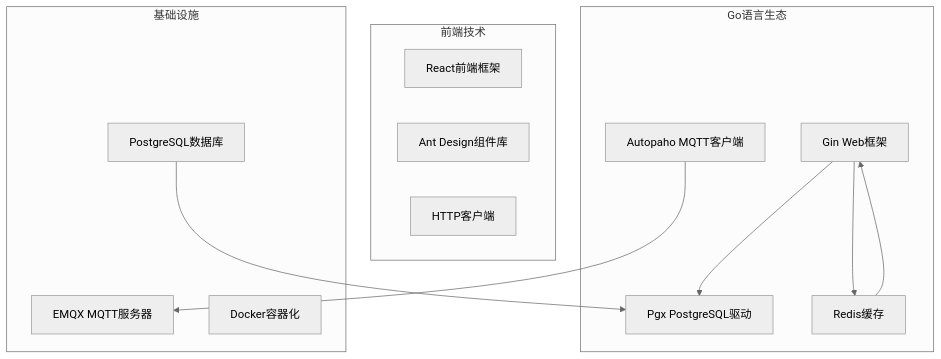
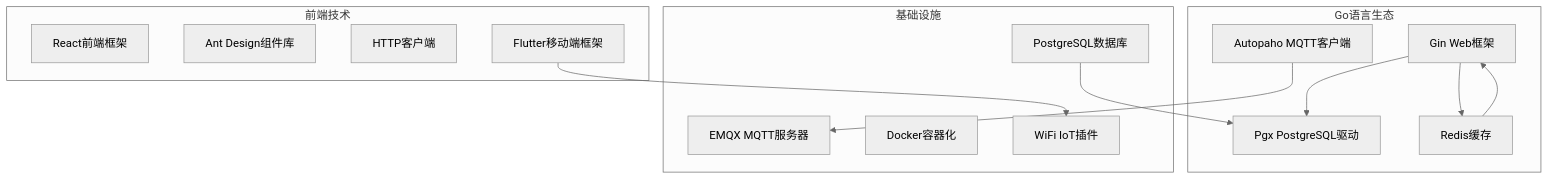
Diagram 13 of 14 in .qoder/repowiki/zh/content/OTA升级系统/OTA升级系统.md (mcmrzy/cs_inv_monitor-develop), drawn with Mermaid (neutral theme) before and after one commit. The commit also changed other lines of this file and 88 other files, not shown here.

````diff
--- a/.qoder/repowiki/zh/content/OTA升级系统/OTA升级系统.md
+++ b/.qoder/repowiki/zh/content/OTA升级系统/OTA升级系统.md
@@ -500,25 +690,28 @@
 ```mermaid
 graph TB
 subgraph "Go语言生态"
 Gin[Gin Web框架]
 Pgx[Pgx PostgreSQL驱动]
 Redis[Redis Go客户端]
 Autopaho[Autopaho MQTT客户端]
 end
 subgraph "前端技术"
 React[React前端框架]
 AntD[Ant Design组件库]
 Axios[HTTP客户端]
+Flutter[Flutter移动端框架]
 end
 subgraph "基础设施"
 PostgreSQL[PostgreSQL数据库]
 Redis[Redis缓存]
 MQTT[EMQX MQTT服务器]
 Docker[Docker容器化]
+WiFiIOT[WiFi IoT插件]
 end
 Gin --> Pgx
 Gin --> Redis
 Autopaho --> MQTT
 PostgreSQL --> Pgx
 Redis --> Gin
+Flutter --> WiFiIOT
 ```
````
